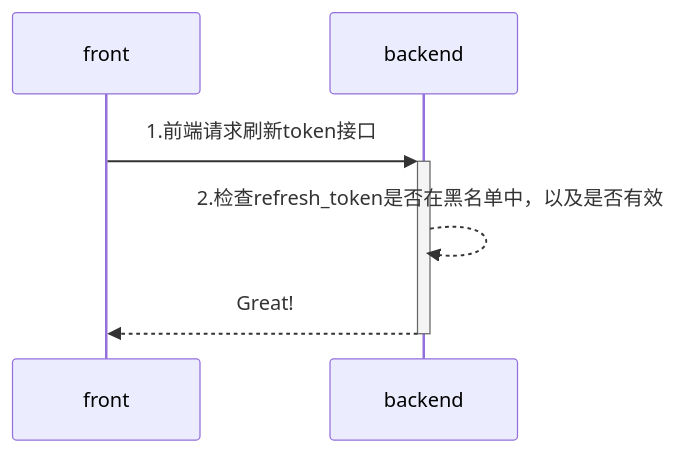
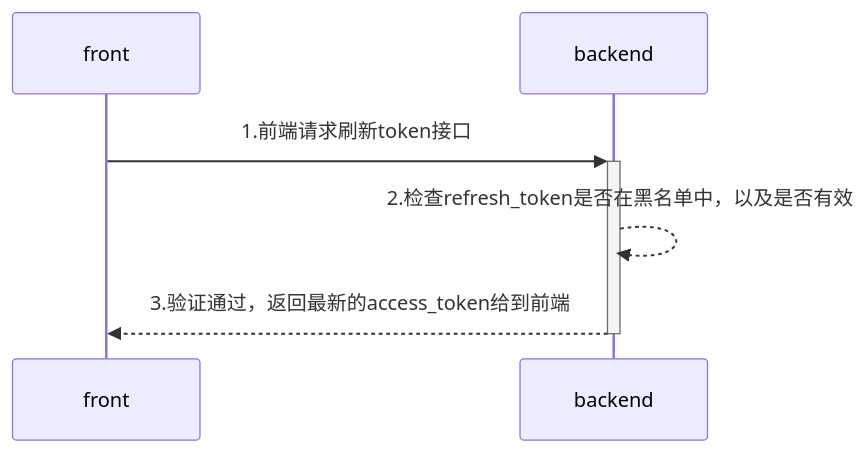
The diagram in all/未命名-4.md (yingjianzh/iodraw-files), drawn with Mermaid before and after one commit.

Commit message:
2024-08-02 17:56:50 update

````diff
--- a/all/未命名-4.md
+++ b/all/未命名-4.md
@@ -1,6 +1,6 @@
 ```mermaid
 sequenceDiagram
     front->>+backend: 1.前端请求刷新token接口
     backend-->>backend: 2.检查refresh_token是否在黑名单中，以及是否有效
-    backend-->>-front: Great!
+    backend-->>-front: 3.验证通过，返回最新的access_token给到前端
 ```
````
